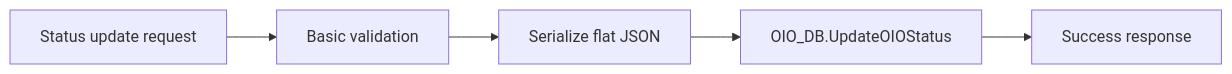
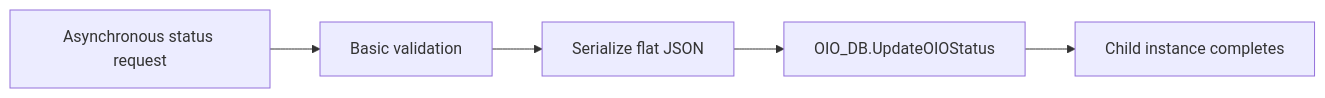
The second of 3 diagrams in oic/implementation-pattern.md (lucianosilva/oracle-integration-observability), drawn with Mermaid before and after one commit. The commit also changed other lines of this file and 4 other files, not shown here.

````diff
--- a/oic/implementation-pattern.md
+++ b/oic/implementation-pattern.md
@@ -70,7 +81,7 @@
 ```mermaid
 flowchart LR
-    A[Status update request] --> B[Basic validation]
+    A[Asynchronous status request] --> B[Basic validation]
     B --> C[Serialize flat JSON]
     C --> D[OIO_DB.UpdateOIOStatus]
-    D --> E[Success response]
+    D --> E[Child instance completes]
 ```
````
